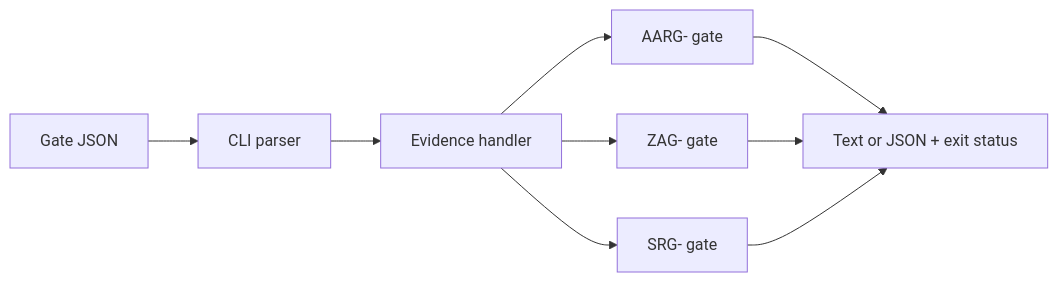
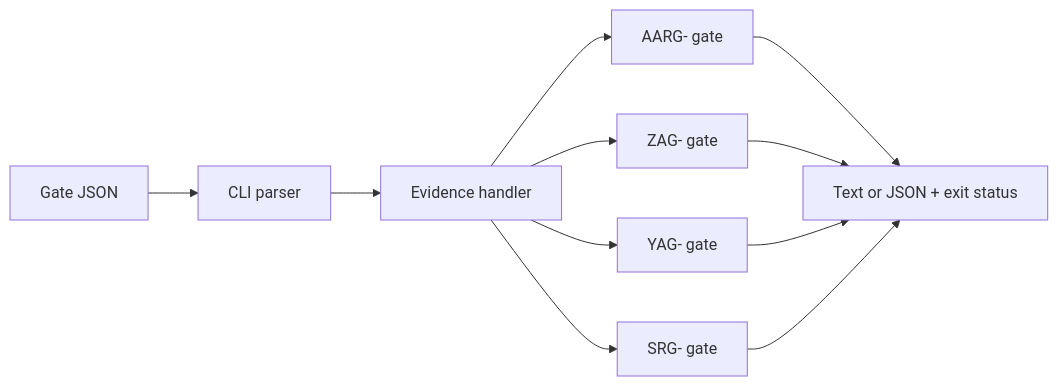
Before and after one commit to streamentry/OpenAMP-Foundry: the first of 2 diagrams in src/openamp_foundry/cli/AGENTS.md, drawn with Mermaid. The commit also changed other lines of this file and 20 other files, not shown here.

````diff
--- a/src/openamp_foundry/cli/AGENTS.md
+++ b/src/openamp_foundry/cli/AGENTS.md
@@ -25,7 +27,8 @@
 ```mermaid
 flowchart LR
   JSON["Gate JSON"] --> Parser["CLI parser"] --> Handler["Evidence handler"]
   Handler --> AARG["AARG- gate"] --> Output["Text or JSON + exit status"]
   Handler --> ZAG["ZAG- gate"] --> Output
+  Handler --> YAG["YAG- gate"] --> Output
   Handler --> SRG["SRG- gate"] --> Output
 ```
````
